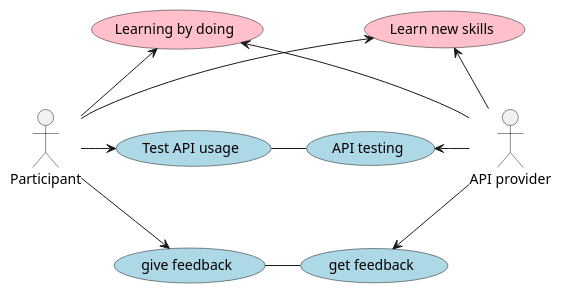
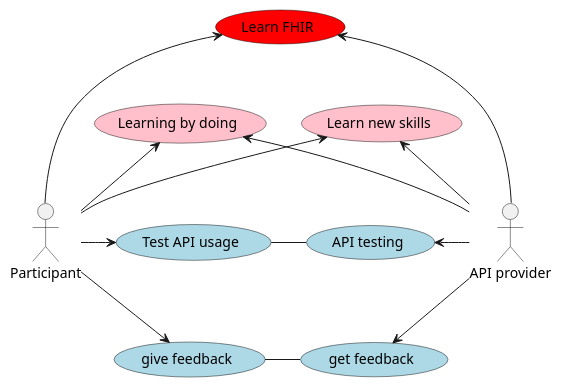
Before and after one commit to HL7Norway/Norwegian-FHIR-Hackathon-2026: the diagram in Norwegian-FHIR-hackathon-2026/input/images-source/main-use-case.plantuml, drawn with PlantUML. The commit also changed 1 other file, not shown here.

Commit message:
Updated use-case diagram

```diff
--- a/Norwegian-FHIR-hackathon-2026/input/images-source/main-use-case.plantuml
+++ b/Norwegian-FHIR-hackathon-2026/input/images-source/main-use-case.plantuml
@@ -1,55 +1,62 @@
 @startuml
 
 "Participant" as participant
 "API provider" as applikasjon
 
+"Learn FHIR" as (fhir) #red
 'rectangle "test" as rect {
 "Learn new skills" as (learn) #pink
 "Learning by doing" as (doing) #pink
 "Test API usage" as (test) #lightblue
 "API testing" as (provide) #lightblue
 "give feedback" as (give) #lightblue
 "get feedback" as (get) #lightblue
 
 '(test) -down[hidden]- (give)
 '(provide) -down[hidden]- (get)
 applikasjon -up-> learn
 applikasjon -up-> doing
+applikasjon -up-> fhir
 applikasjon -left-> provide
 applikasjon -down-> get
 get -left- give
 provide -left- test
+'learn -down[hidden]- fhir
+'doing -down[hidden]- fhir
+fhir -down[hidden]- learn
+fhir -down[hidden]- doing
 provide -down[hidden]- get
 participant -up-> learn
 
 'source -down- applikasjon
 '}
 'actor "Pasient" as pasient 
 '[API] as api
 '"skrive informasjon" as (skrive) #lightblue
 
 test -[hidden]down- give
 'api -[hidden]right- pasient
 
 participant -right-> test
 'søke <-down- pasient
 participant -up-> (doing)
+participant -up-> (fhir)
 participant -down-> (give)
 '(give) <-right- pasient
 'kliniker -down-> (skrive)
 
 'pasient -left-> give
 'pasient -[hidden]left-> skrive
 'pasient -down-> skrive
 
 '(søke) -down- app
 'app -down- (give)
 '(give) -right- app
 'app -down- pasient
 'skrive -down- dokumentasjon
 'give -down- presentasjon
 
 'api .up. give
 'api .down. skrive
 
 @enduml
```
